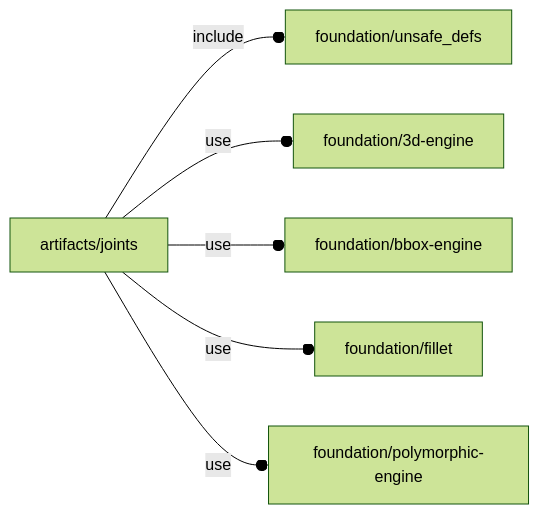
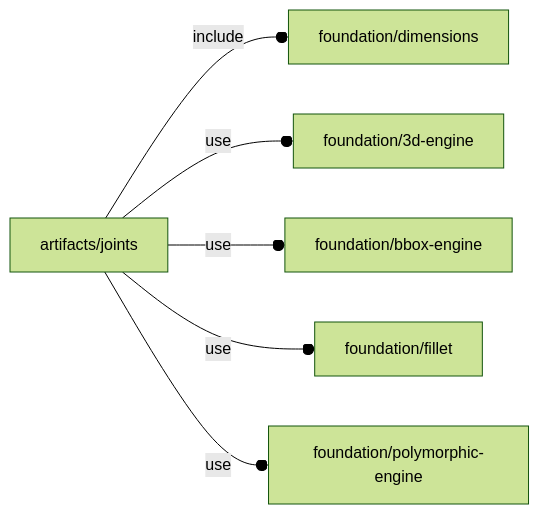
The diagram in orthodocs/artifacts/joints.md (ggabbiani/OFL), drawn with Mermaid (forest theme) before and after one commit. The commit also changed other lines of this file and 23 other files, not shown here.

````diff
--- a/orthodocs/artifacts/joints.md
+++ b/orthodocs/artifacts/joints.md
@@ -5,8 +5,8 @@
 ```mermaid
 graph LR
-    A1[artifacts/joints] --o|include| A2[foundation/unsafe_defs]
+    A1[artifacts/joints] --o|include| A2[foundation/dimensions]
     A1 --o|use| A3[foundation/3d-engine]
     A1 --o|use| A4[foundation/bbox-engine]
     A1 --o|use| A5[foundation/fillet]
     A1 --o|use| A6[foundation/polymorphic-engine]
 ```
````
